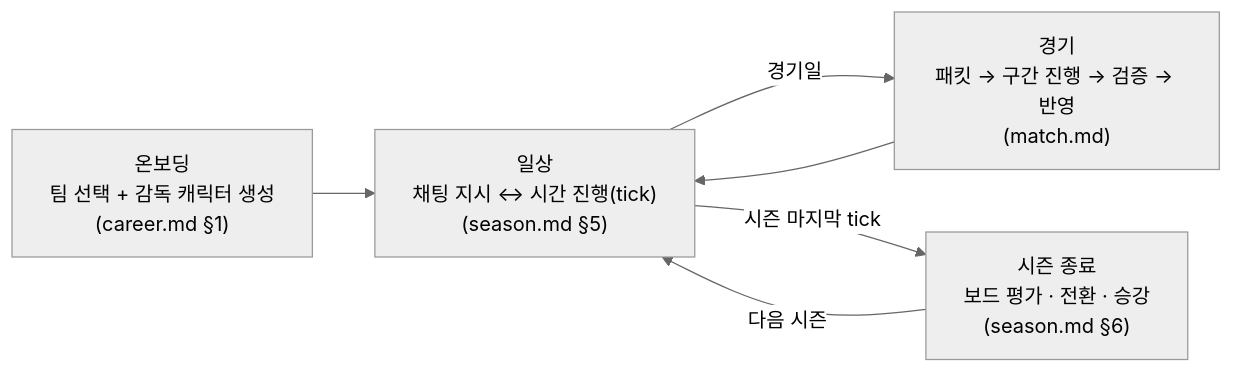
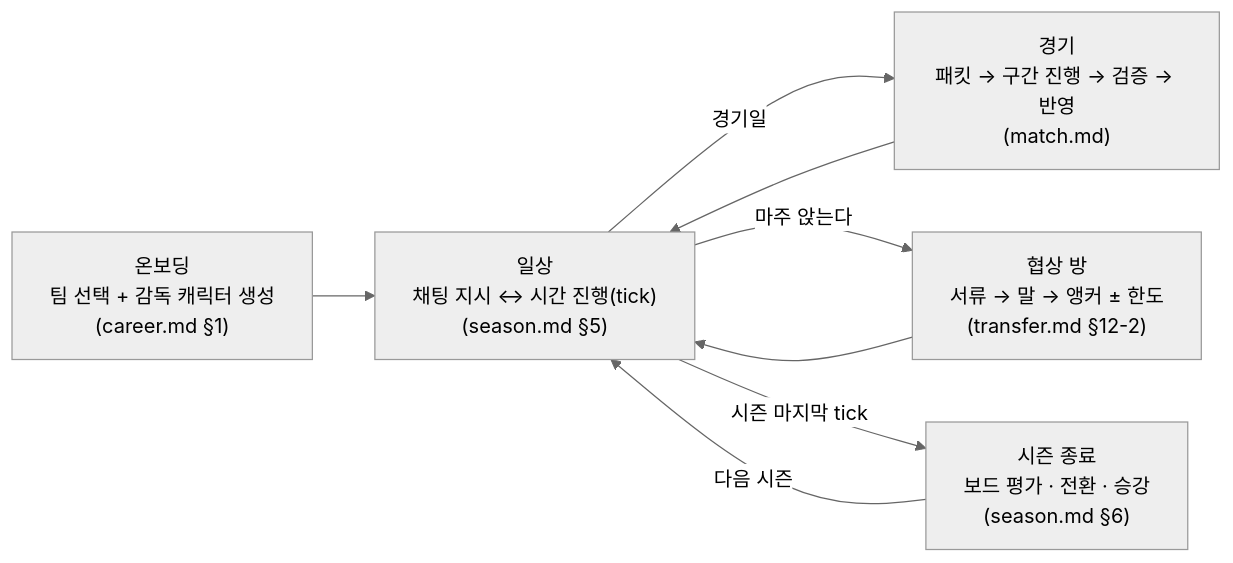
One commit to dhoonjang/story-fm changed the third of 3 diagrams in docs/overview.md. Above: the diagram before and after it, drawn with Mermaid (neutral theme). The commit also changed other lines of this file and 66 other files, not shown here.

````diff
--- a/docs/overview.md
+++ b/docs/overview.md
@@ -238,8 +238,10 @@
 ```mermaid
 flowchart LR
   O["온보딩<br/>팀 선택 + 감독 캐릭터 생성<br/>(career.md §1)"] --> P["일상<br/>채팅 지시 ↔ 시간 진행(tick)<br/>(season.md §5)"]
   P -->|경기일| Q["경기<br/>패킷 → 구간 진행 → 검증 → 반영<br/>(match.md)"]
   Q --> P
+  P -->|마주 앉는다| N["협상 방<br/>서류 → 말 → 앵커 ± 한도<br/>(transfer.md §12-2)"]
+  N --> P
   P -->|시즌 마지막 tick| R["시즌 종료<br/>보드 평가 · 전환 · 승강<br/>(season.md §6)"]
   R -->|다음 시즌| P
 ```
````
